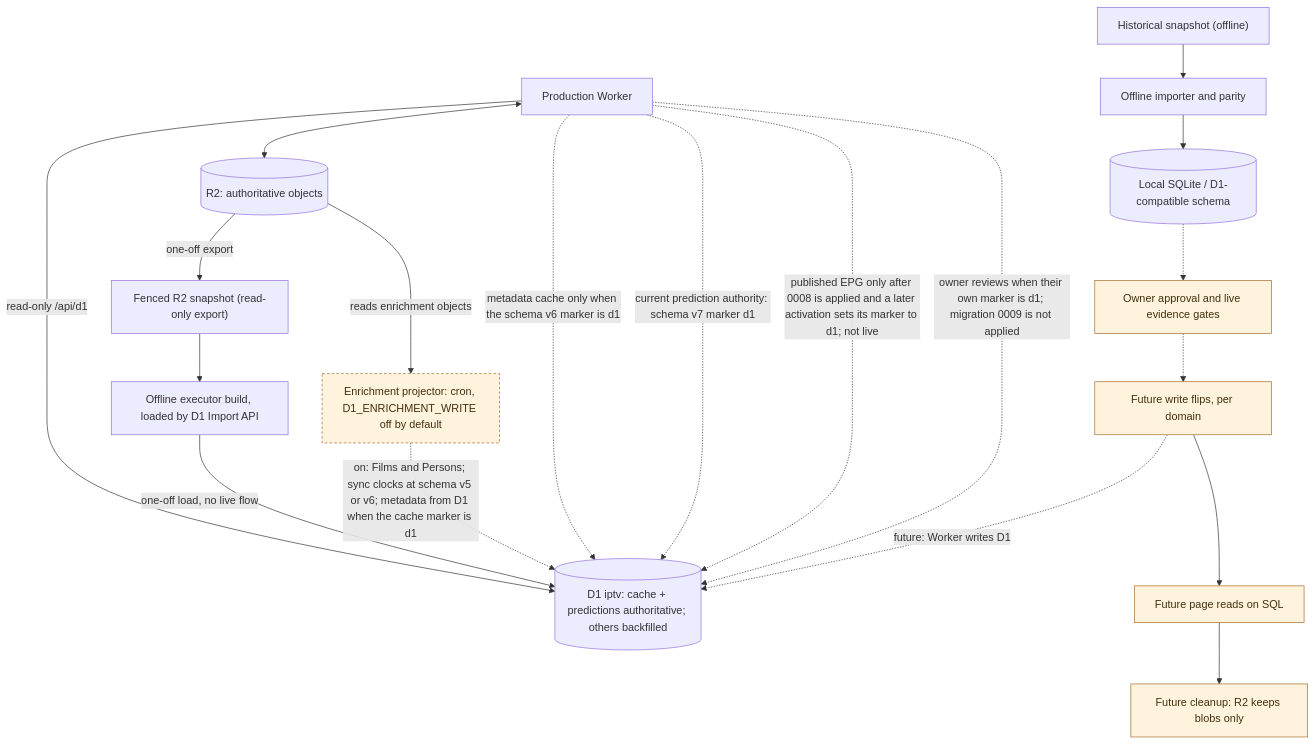
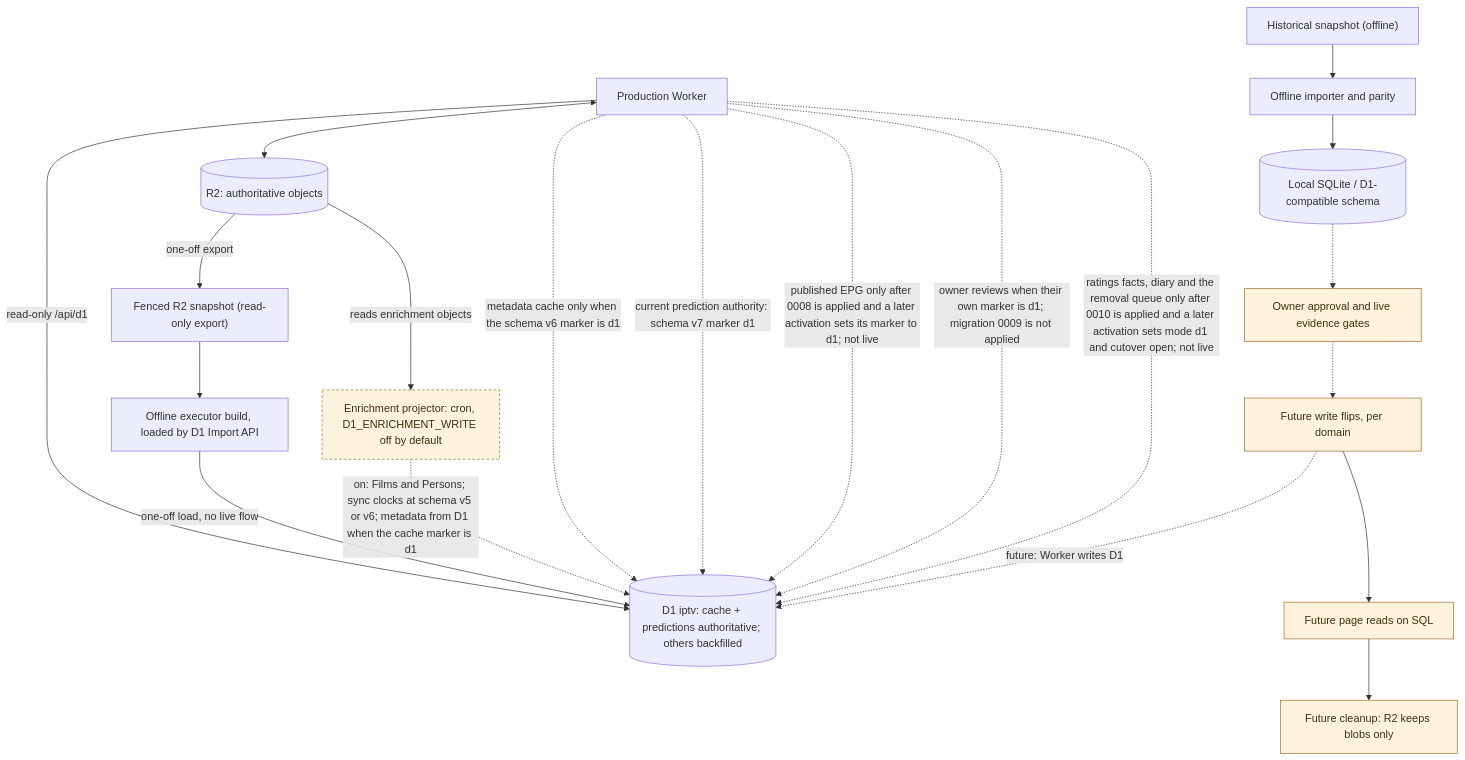
The diagram in docs/architecture/persistence-and-migration.md (vladimino/iptv-watchlist), drawn with Mermaid before and after one commit. The commit also changed other lines of this file and 27 other files, not shown here.

````diff
--- a/docs/architecture/persistence-and-migration.md
+++ b/docs/architecture/persistence-and-migration.md
@@ -5,32 +5,33 @@
 ```mermaid
 flowchart TD
     worker["Production Worker"]
     r2[("R2: authoritative objects")]
     archive["Historical snapshot (offline)"]
     importer["Offline importer and parity"]
     local[("Local SQLite / D1-compatible schema")]
     gate["Owner approval and live evidence gates"]
     snapshot["Fenced R2 snapshot (read-only export)"]
     reload["Offline executor build, loaded by D1 Import API"]
     d1[("D1 iptv: cache + predictions authoritative; others backfilled")]
     projector["Enrichment projector: cron, D1_ENRICHMENT_WRITE off by default"]
     flipWrite["Future write flips, per domain"]
     flipRead["Future page reads on SQL"]
     retire["Future cleanup: R2 keeps blobs only"]
     worker <--> r2
     worker -->|read-only /api/d1| d1
     archive --> importer --> local
     local -.-> gate
     r2 -->|one-off export| snapshot --> reload -->|one-off load, no live flow| d1
     r2 -->|reads enrichment objects| projector -.->|on: Films and Persons; sync clocks at schema v5 or v6; metadata from D1 when the cache marker is d1| d1
     worker -.->|metadata cache only when the schema v6 marker is d1| d1
     worker -.->|current prediction authority: schema v7 marker d1| d1
     worker -.->|published EPG only after 0008 is applied and a later activation sets its marker to d1; not live| d1
     worker -.->|owner reviews when their own marker is d1; migration 0009 is not applied| d1
+    worker -.->|ratings facts, diary and the removal queue only after 0010 is applied and a later activation sets mode d1 and cutover open; not live| d1
     gate -.-> flipWrite -.->|future: Worker writes D1| d1
     flipWrite --> flipRead --> retire
     classDef future fill:#fff3de,stroke:#a56c2b,color:#42300e
     classDef gated fill:#fff3de,stroke:#a56c2b,color:#42300e,stroke-dasharray:4 3
     class gate,flipWrite,flipRead,retire future
     class projector gated
 ```
````
